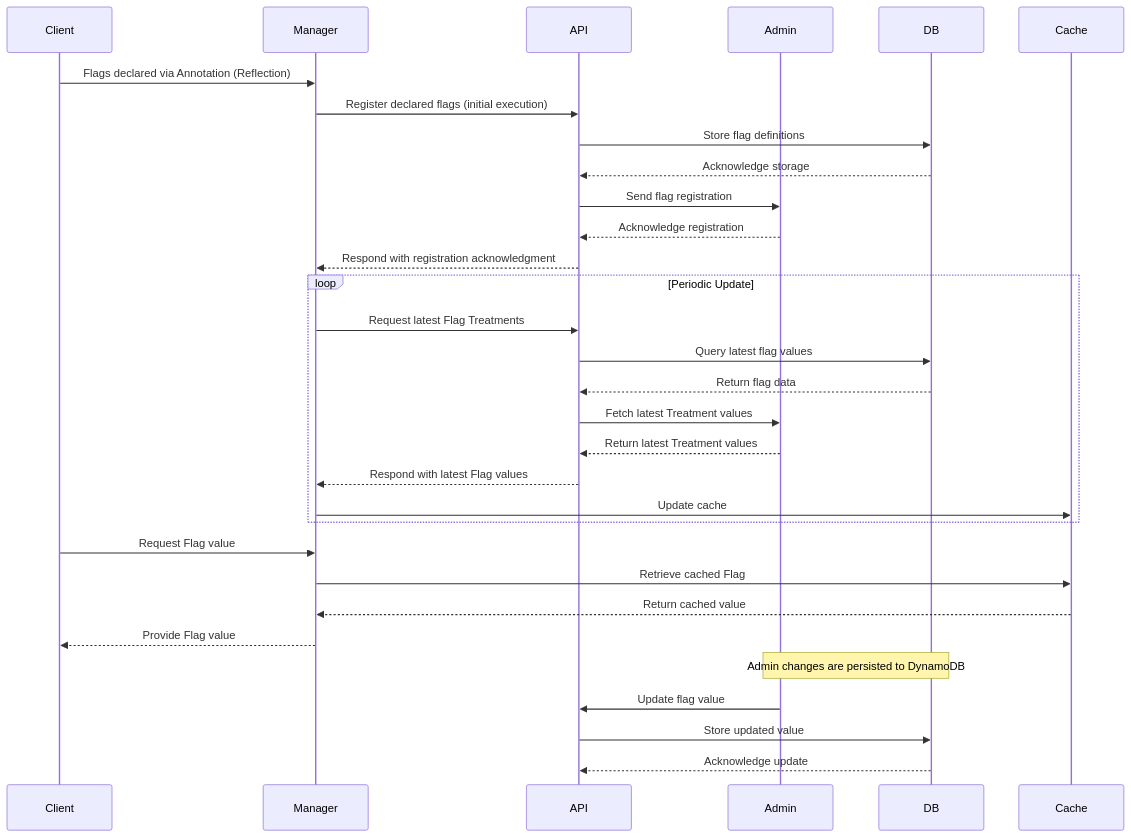
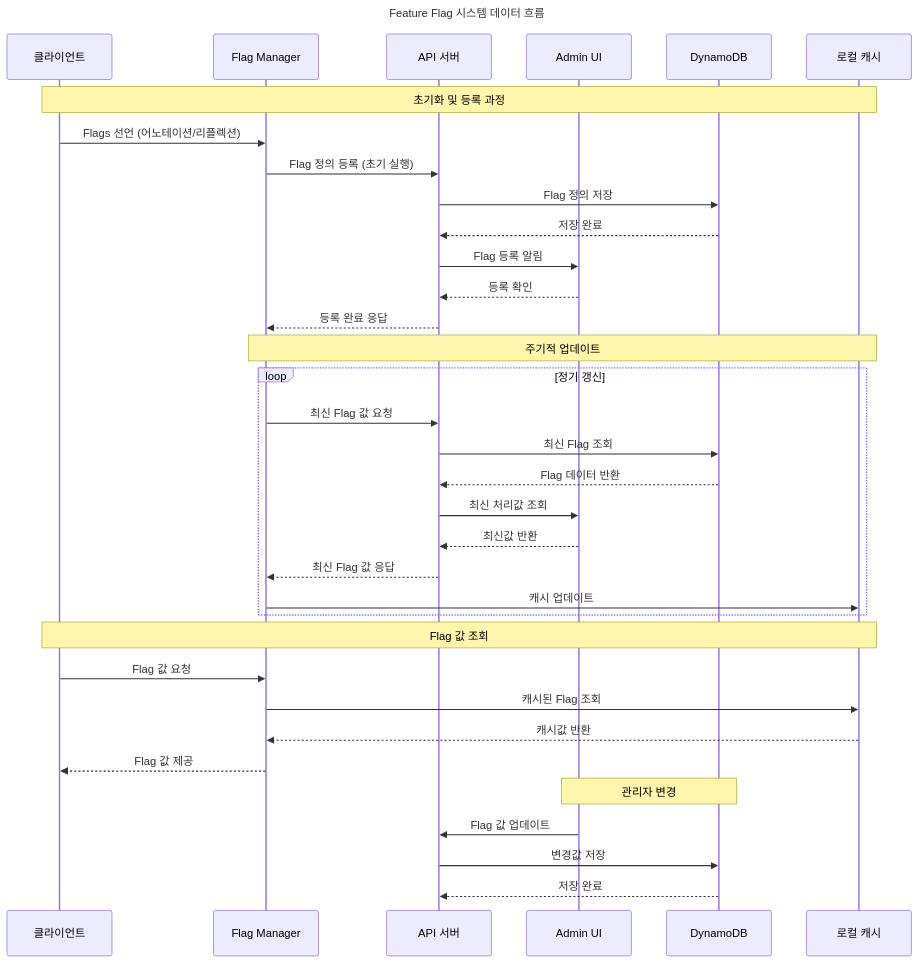
The diagram in _posts/2025-03-16-feature-flag.md (yeokyeong-yoon/yeokyeong-yoon.github.io), drawn with Mermaid before and after one commit. The commit also changed 2 other files, not shown here.

Commit message:
Update mermaid syntax

````diff
--- a/_posts/2025-03-16-feature-flag.md
+++ b/_posts/2025-03-16-feature-flag.md
@@ -20,37 +20,43 @@
-<div class="mermaid">
+```mermaid
+---
+title: Feature Flag 시스템 데이터 흐름
+---
 sequenceDiagram
-    participant Client
-    participant Manager
-    participant API
-    participant Admin
-    participant DB
-    participant Cache
+    participant Client as 클라이언트
+    participant Manager as Flag Manager
+    participant API as API 서버
+    participant Admin as Admin UI
+    participant DB as DynamoDB
+    participant Cache as 로컬 캐시
 
-    Client->>Manager: Flags declared via Annotation (Reflection)
-    Manager->>API: Register declared flags (initial execution)
-    API->>DB: Store flag definitions
-    DB-->>API: Acknowledge storage
-    API->>Admin: Send flag registration
-    Admin-->>API: Acknowledge registration
-    API-->>Manager: Respond with registration acknowledgment
+    Note over Client,Cache: 초기화 및 등록 과정
+    Client->>Manager: Flags 선언 (어노테이션/리플렉션)
+    Manager->>API: Flag 정의 등록 (초기 실행)
+    API->>DB: Flag 정의 저장
+    DB-->>API: 저장 완료
+    API->>Admin: Flag 등록 알림
+    Admin-->>API: 등록 확인
+    API-->>Manager: 등록 완료 응답
 
-    loop Periodic Update
-        Manager->>API: Request latest Flag Treatments
-        API->>DB: Query latest flag values
-        DB-->>API: Return flag data
-        API->>Admin: Fetch latest Treatment values
-        Admin-->>API: Return latest Treatment values
-        API-->>Manager: Respond with latest Flag values
-        Manager->>Cache: Update cache
+    Note over Manager,Cache: 주기적 업데이트
+    loop 정기 갱신
+        Manager->>API: 최신 Flag 값 요청
+        API->>DB: 최신 Flag 조회
+        DB-->>API: Flag 데이터 반환
+        API->>Admin: 최신 처리값 조회
+        Admin-->>API: 최신값 반환
+        API-->>Manager: 최신 Flag 값 응답
+        Manager->>Cache: 캐시 업데이트
     end
 
-    Client->>Manager: Request Flag value
-    Manager->>Cache: Retrieve cached Flag
-    Cache-->>Manager: Return cached value
-    Manager-->>Client: Provide Flag value
+    Note over Client,Cache: Flag 값 조회
+    Client->>Manager: Flag 값 요청
+    Manager->>Cache: 캐시된 Flag 조회
+    Cache-->>Manager: 캐시값 반환
+    Manager-->>Client: Flag 값 제공
 
-    Note over Admin,DB: Admin changes are persisted to DynamoDB
-    Admin->>API: Update flag value
-    API->>DB: Store updated value
-    DB-->>API: Acknowledge update
-</div>
+    Note over Admin,DB: 관리자 변경
+    Admin->>API: Flag 값 업데이트
+    API->>DB: 변경값 저장
+    DB-->>API: 저장 완료
+```
````
